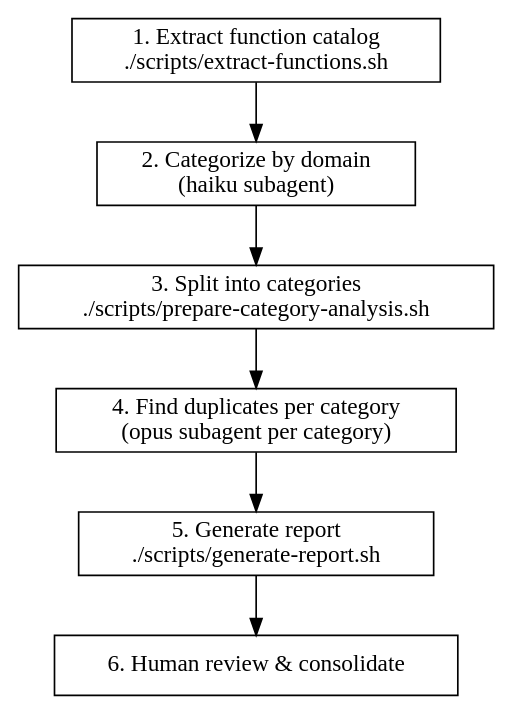
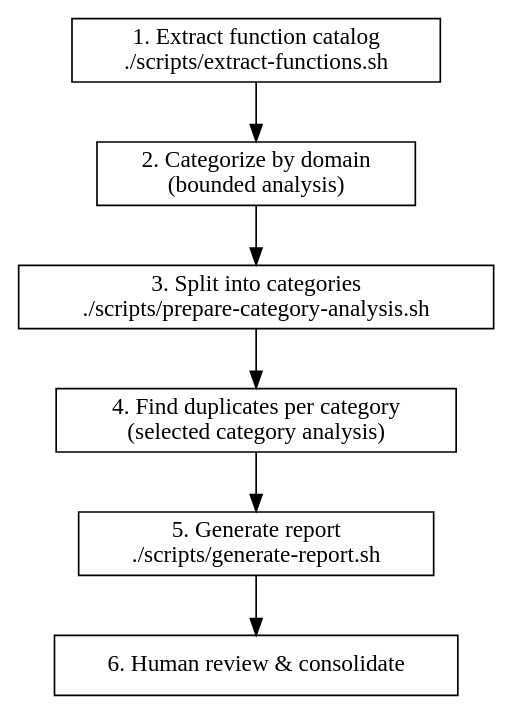
Before and after one commit to eternalwaitt/eternal-stack: the diagram in skills/bundled/finding-duplicate-functions/SKILL.md, drawn with Graphviz. The commit also changed other lines of this file and 273 other files, not shown here.

````diff
--- a/skills/bundled/finding-duplicate-functions/SKILL.md
+++ b/skills/bundled/finding-duplicate-functions/SKILL.md
@@ -37,15 +37,15 @@
 ```dot
 digraph duplicate_detection {
   rankdir=TB;
   node [shape=box];
 
   extract [label="1. Extract function catalog\n./scripts/extract-functions.sh"];
-  categorize [label="2. Categorize by domain\n(haiku subagent)"];
+  categorize [label="2. Categorize by domain\n(bounded analysis)"];
   split [label="3. Split into categories\n./scripts/prepare-category-analysis.sh"];
-  detect [label="4. Find duplicates per category\n(opus subagent per category)"];
+  detect [label="4. Find duplicates per category\n(selected category analysis)"];
   report [label="5. Generate report\n./scripts/generate-report.sh"];
   review [label="6. Human review & consolidate"];
 
   extract -> categorize -> split -> detect -> report -> review;
 }
 ```
````
